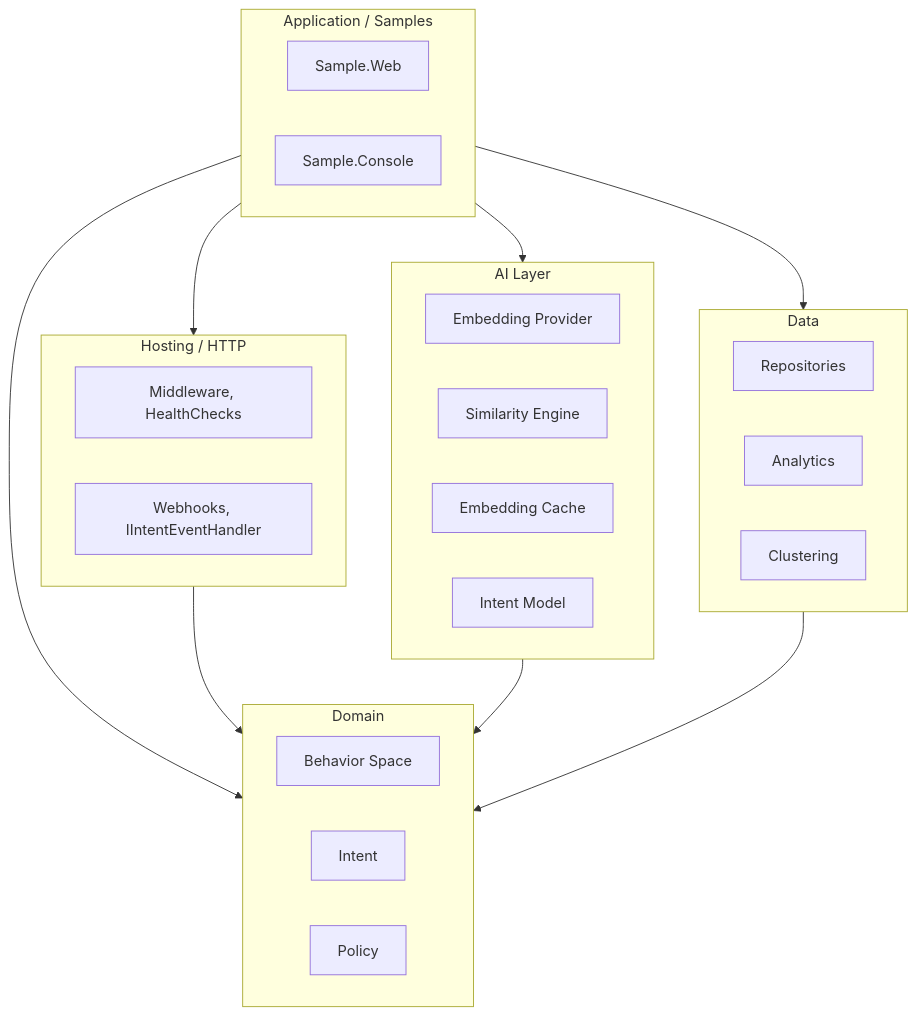
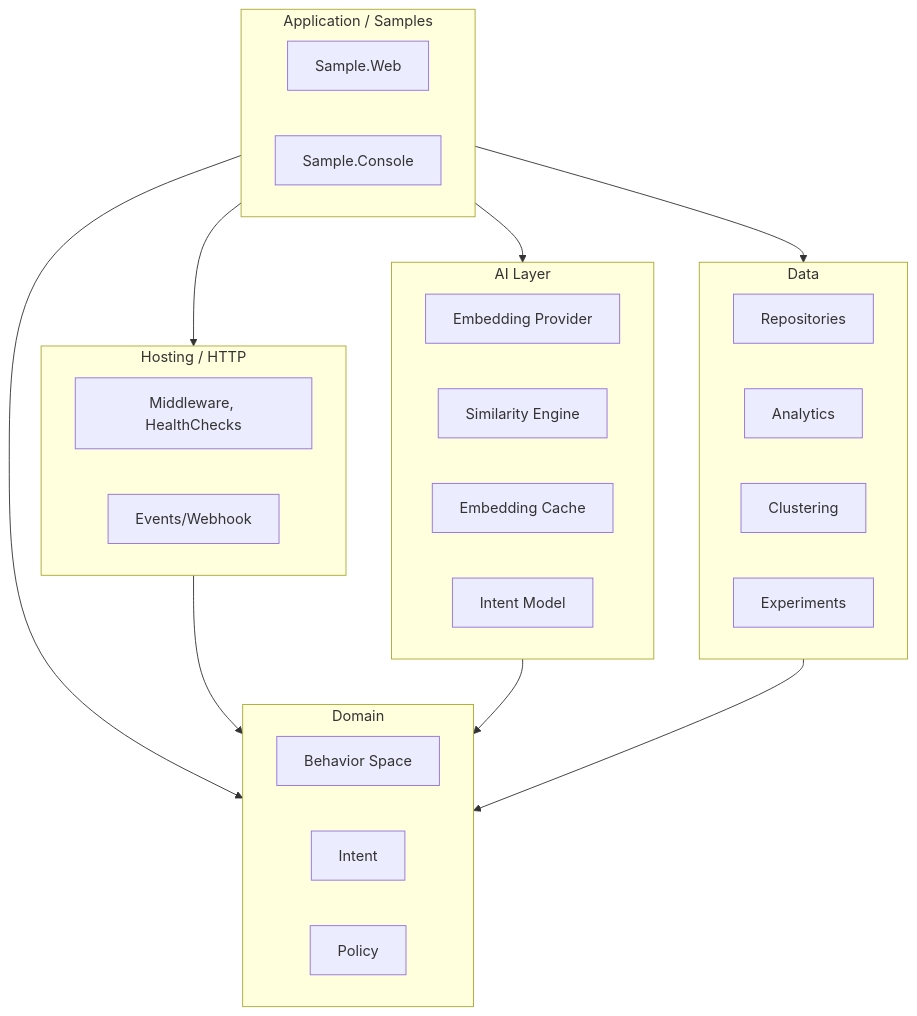
One commit to keremvaris/Intentum changed the fourth of 7 diagrams in docs/en/architecture.md. Above: the diagram before and after it, drawn with Mermaid. The commit also changed other lines of this file and 65 other files, not shown here.

````diff
--- a/docs/en/architecture.md
+++ b/docs/en/architecture.md
@@ -149,39 +163,41 @@
 ```mermaid
 flowchart TB
   subgraph app [Application / Samples]
     WebApp[Sample.Web]
     ConsoleApp[Sample.Console]
   end
 
   subgraph host [Hosting / HTTP]
     AspNetCore[Middleware, HealthChecks]
     Events[Webhooks, IIntentEventHandler]
   end
 
   subgraph domain [Domain]
     Behavior[Behavior Space]
     Intent[Intent]
     Policy[Policy]
   end
 
   subgraph ai_layer [AI Layer]
     Embedding[Embedding Provider]
     Similarity[Similarity Engine]
     Cache[Embedding Cache]
     Model[Intent Model]
   end
 
   subgraph data [Data]
     Repo[Repositories]
     Analytics[Analytics]
     Clustering[Clustering]
+    Events[Events/Webhook]
+    Experiments[Experiments]
   end
 
   app --> host
   app --> domain
   app --> ai_layer
   app --> data
   host --> domain
   ai_layer --> domain
   data --> domain
 ```
````
